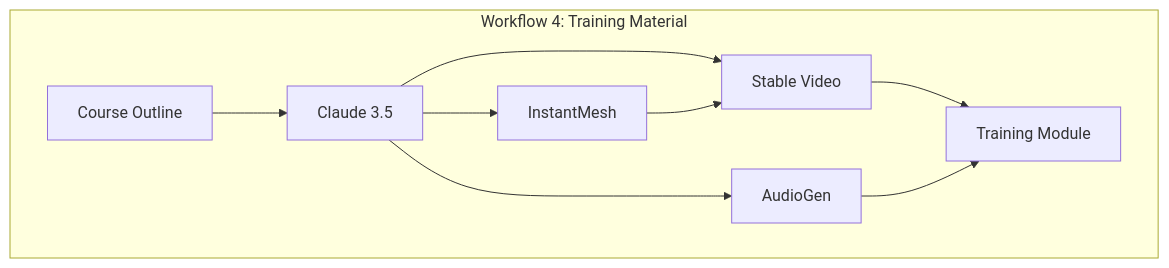
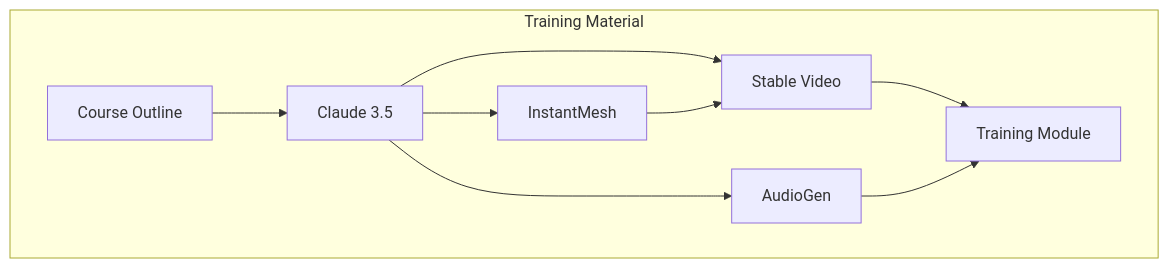
The fourth of 5 diagrams in Mermaid/MultimodalAIPipelines.md (AaronCWacker/Yggdrasil), drawn with Mermaid before and after one commit. The commit also changed other lines of this file, not shown here.

````diff
--- a/Mermaid/MultimodalAIPipelines.md
+++ b/Mermaid/MultimodalAIPipelines.md
@@ -43,12 +43,12 @@
 ```mermaid
 graph TD
-    subgraph "Workflow 4: Training Material"
+    subgraph "Training Material"
         PROMPT[Course Outline] --> LLM[Claude 3.5]
         LLM --> MESH[InstantMesh]
         LLM --> SVID[Stable Video]
         MESH --> SVID
         LLM --> AUDIO[AudioGen]
         SVID --> FINAL2[Training Module]
         AUDIO --> FINAL2
     end
 ```
````
